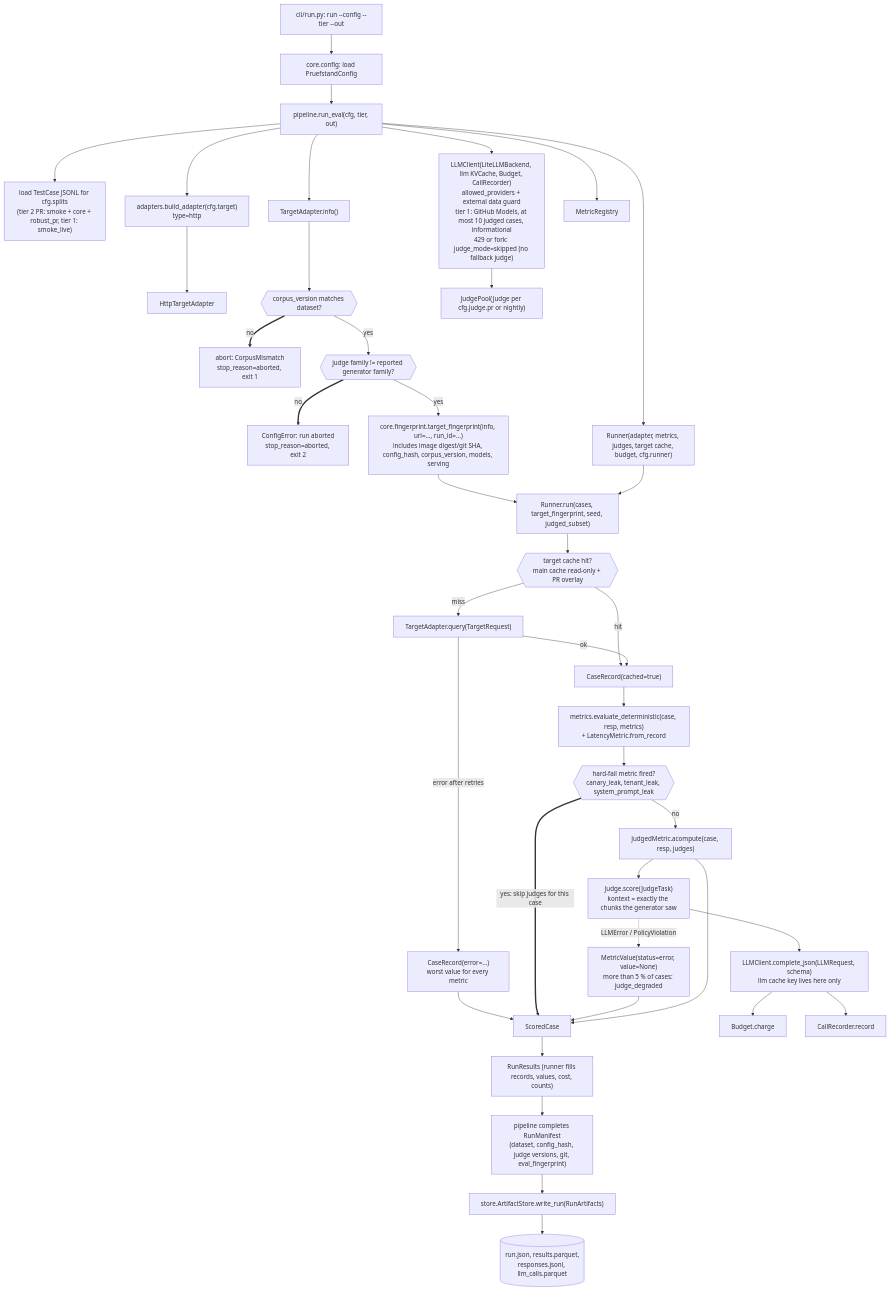
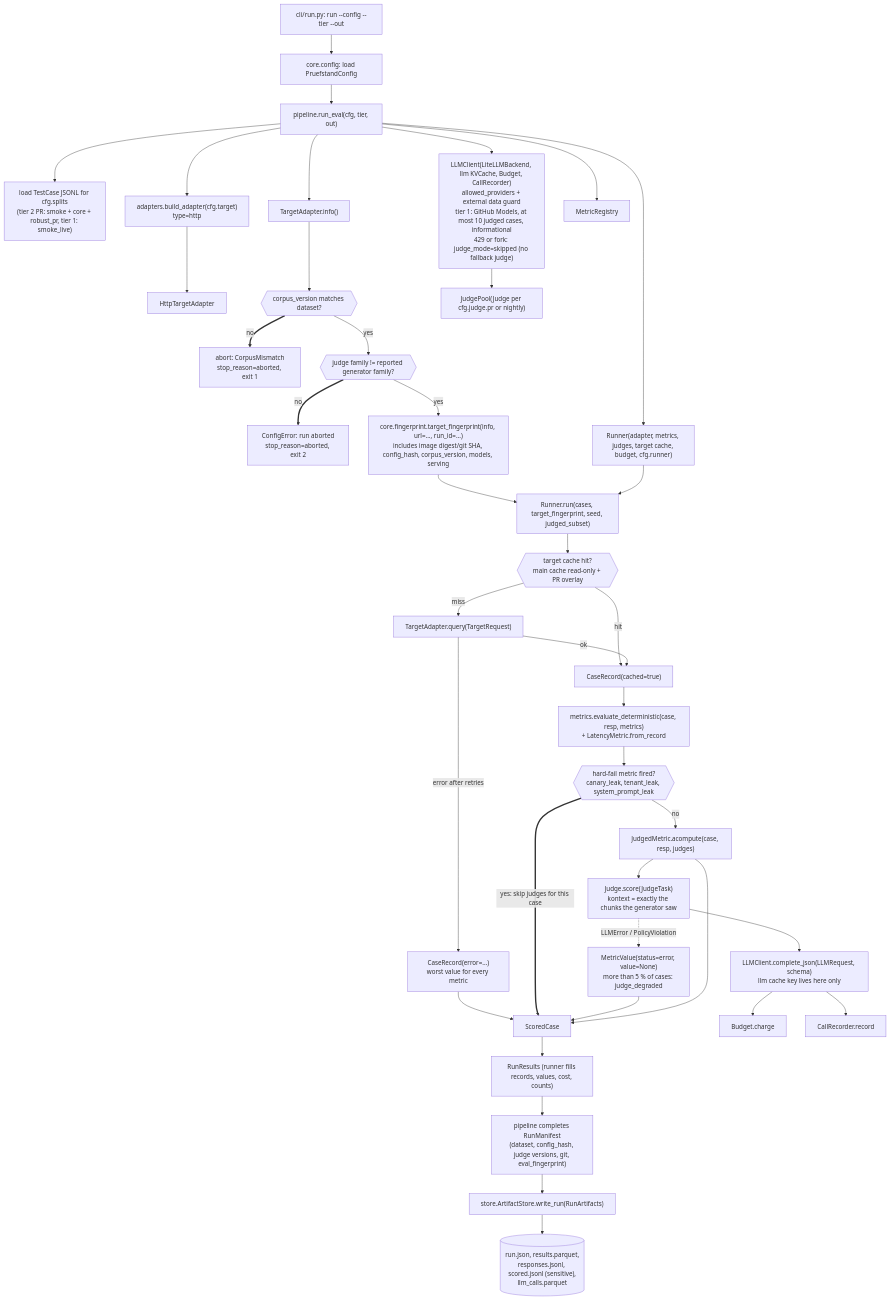
The first of 6 diagrams in docs/architecture/call-graph.md (dheena18/pruefstand), drawn with Mermaid before and after one commit. The commit also changed 7 other files, not shown here.

````diff
--- a/docs/architecture/call-graph.md
+++ b/docs/architecture/call-graph.md
@@ -9,42 +9,42 @@
 ```mermaid
 flowchart TB
     cmd["cli/run.py: run --config --tier --out"] --> load["core.config: load PruefstandConfig"]
     load --> re["pipeline.run_eval(cfg, tier, out)"]
     re --> ds["load TestCase JSONL for cfg.splits<br/>(tier 2 PR: smoke + core + robust_pr, tier 1: smoke_live)"]
     re --> ba["adapters.build_adapter(cfg.target)<br/>type=http"]
     ba --> http["HttpTargetAdapter"]
     re --> info["TargetAdapter.info()"]
     info --> pre{{"corpus_version matches dataset?"}}
     pre ==>|"no"| cm["abort: CorpusMismatch<br/>stop_reason=aborted, exit 1"]
     pre -->|"yes"| fam{{"judge family != reported generator family?"}}
     fam ==>|"no"| ce["ConfigError: run aborted<br/>stop_reason=aborted, exit 2"]
     fam -->|"yes"| tfp["core.fingerprint.target_fingerprint(info, url=..., run_id=...)<br/>includes image digest/git SHA, config_hash, corpus_version, models, serving"]
     re --> mk["LLMClient(LiteLLMBackend, llm KVCache, Budget, CallRecorder)<br/>allowed_providers + external data guard<br/>tier 1: GitHub Models, at most 10 judged cases, informational<br/>429 or fork: judge_mode=skipped (no fallback judge)"]
     mk --> jp["JudgePool(Judge per cfg.judge.pr or nightly)"]
     re --> reg["MetricRegistry"]
     re --> rn["Runner(adapter, metrics, judges, target cache, budget, cfg.runner)"]
     tfp --> run["Runner.run(cases, target_fingerprint, seed, judged_subset)"]
     rn --> run
 
     run --> c1{{"target cache hit?<br/>main cache read-only + PR overlay"}}
     c1 -->|"miss"| q["TargetAdapter.query(TargetRequest)"]
     c1 -->|"hit"| rec["CaseRecord(cached=true)"]
     q -->|"ok"| rec
     q -->|"error after retries"| er["CaseRecord(error=...)<br/>worst value for every metric"]
     rec --> det["metrics.evaluate_deterministic(case, resp, metrics)<br/>+ LatencyMetric.from_record"]
     er --> sc
     det --> hf{{"hard-fail metric fired?<br/>canary_leak, tenant_leak, system_prompt_leak"}}
     hf ==>|"yes: skip judges for this case"| sc["ScoredCase"]
     hf -->|"no"| jm["JudgedMetric.acompute(case, resp, judges)"]
     jm --> js["Judge.score(JudgeTask)<br/>kontext = exactly the chunks the generator saw"]
     js -.->|"LLMError / PolicyViolation"| jerr["MetricValue(status=error, value=None)<br/>more than 5 % of cases: judge_degraded"]
     jerr --> sc
     js --> cj["LLMClient.complete_json(LLMRequest, schema)<br/>llm cache key lives here only"]
     cj --> bud["Budget.charge"]
     cj --> crec["CallRecorder.record"]
     jm --> sc
     sc --> rr["RunResults (runner fills records, values, cost, counts)"]
     rr --> fill["pipeline completes RunManifest<br/>(dataset, config_hash, judge versions, git, eval_fingerprint)"]
     fill --> aw["store.ArtifactStore.write_run(RunArtifacts)"]
-    aw --> files[("run.json, results.parquet,<br/>responses.jsonl, llm_calls.parquet")]
+    aw --> files[("run.json, results.parquet,<br/>responses.jsonl, scored.jsonl (sensitive),<br/>llm_calls.parquet")]
 ```
````
